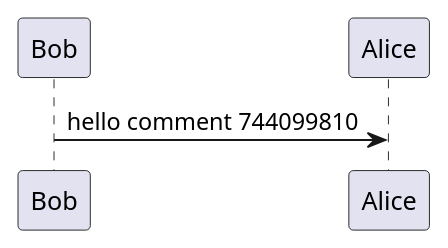
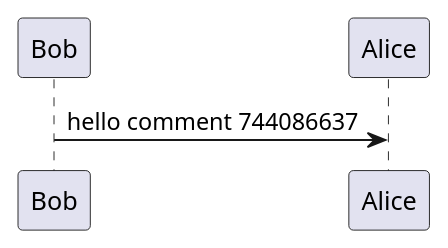
One commit to holowinski/plantuml-github-action changed the diagram in examples/sequence.puml. Above: the diagram before and after it, drawn with PlantUML. The commit also changed 1 other file, not shown here.

Commit message:
Regenerated example diagram - new comment received

```diff
--- a/examples/sequence.puml
+++ b/examples/sequence.puml
@@ -1,3 +1,3 @@
 @startuml
-Bob->Alice : hello comment 744099810
+Bob->Alice : hello comment 744086637
 @enduml
```
